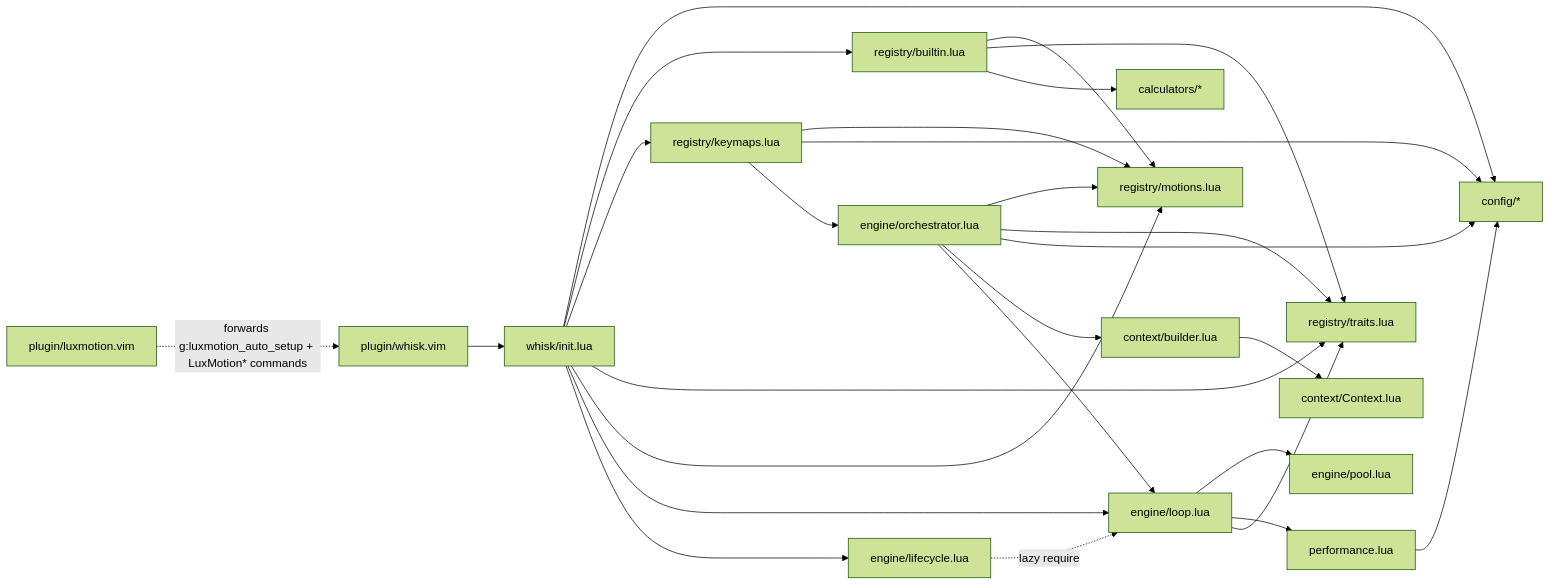
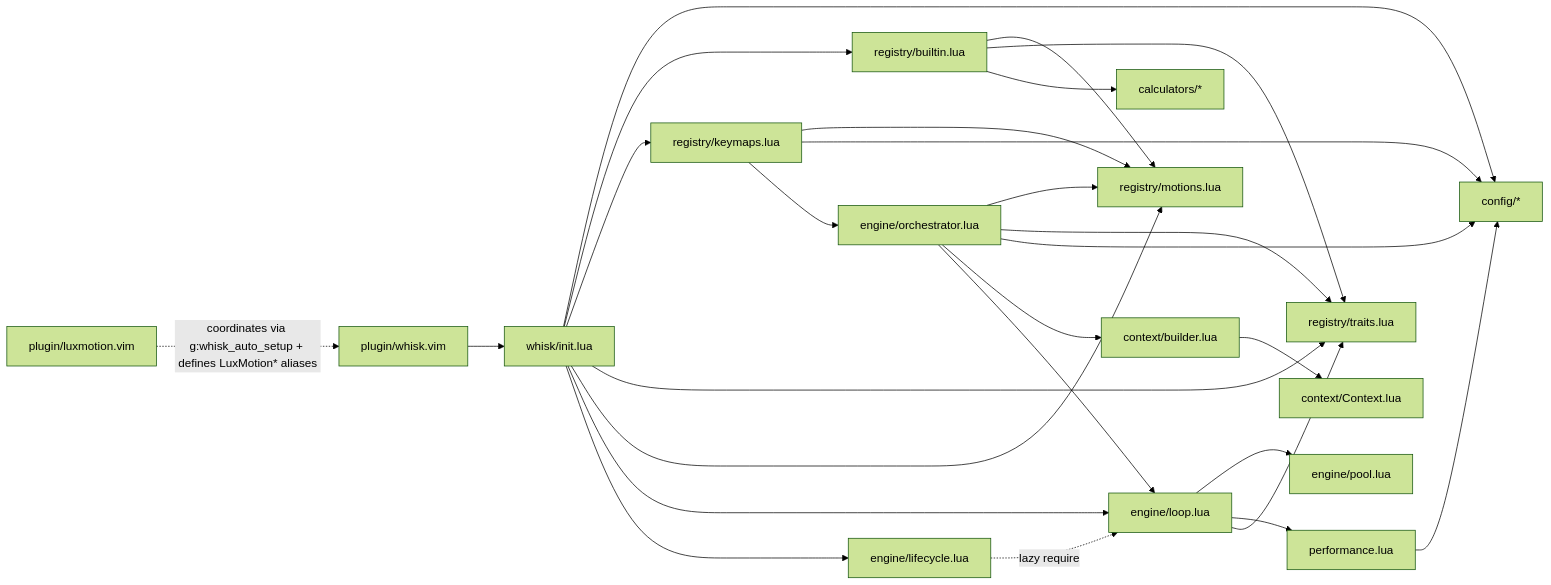
One commit to josstei/whisk.nvim changed the second of 2 diagrams in docs/ARCHITECTURE.md. Above: the diagram before and after it, drawn with Mermaid (forest theme). The commit also changed other lines of this file and 2 other files, not shown here.

````diff
--- a/docs/ARCHITECTURE.md
+++ b/docs/ARCHITECTURE.md
@@ -99,32 +99,32 @@
 ```mermaid
 flowchart LR
-  shim[plugin/luxmotion.vim] -.->|forwards g:luxmotion_auto_setup + LuxMotion* commands| plugin[plugin/whisk.vim]
+  shim[plugin/luxmotion.vim] -.->|coordinates via g:whisk_auto_setup + defines LuxMotion* aliases| plugin[plugin/whisk.vim]
   plugin --> init[whisk/init.lua]
   init --> config[config/*]
   init --> builtin[registry/builtin.lua]
   init --> keymaps_reg[registry/keymaps.lua]
   init --> traits_reg[registry/traits.lua]
   init --> motions[registry/motions.lua]
   init --> loop[engine/loop.lua]
   init --> lifecycle[engine/lifecycle.lua]
 
   builtin --> motions
   builtin --> traits_reg
   builtin --> calcs[calculators/*]
 
   keymaps_reg --> motions
   keymaps_reg --> config
   keymaps_reg --> orch[engine/orchestrator.lua]
   orch --> motions
   orch --> traits_reg
   orch --> config
   orch --> builder[context/builder.lua]
   orch --> loop
 
   builder --> ctx[context/Context.lua]
   loop --> pool[engine/pool.lua]
   loop --> perf[performance.lua]
   loop --> traits_reg
   perf --> config
   lifecycle -.->|lazy require| loop
 ```
````
